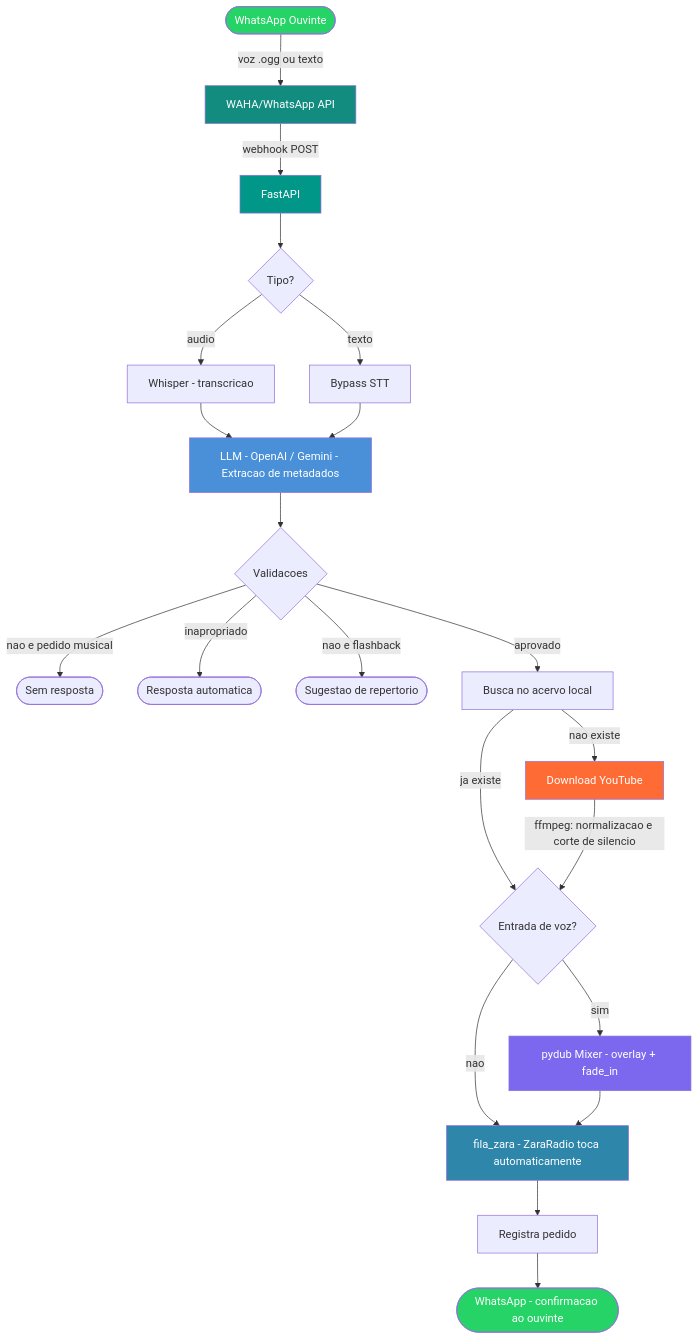
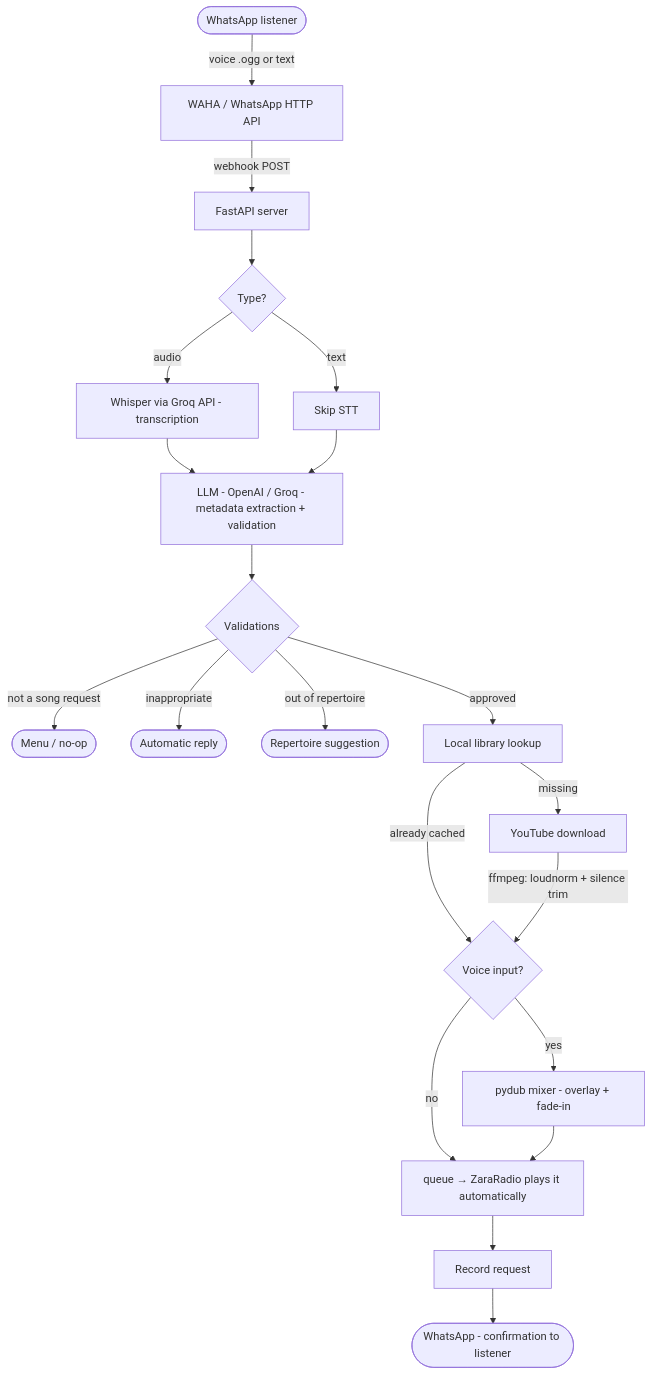
One commit to lucasborgs/gpteco changed the diagram in README.md. Above: the diagram before and after it, drawn with Mermaid. The commit also changed other lines of this file and 2 other files, not shown here.

First line of the commit message:
docs: README em inglês, LICENSE MIT e .env.local.example do dashboard

````diff
--- a/README.md
+++ b/README.md
@@ -35,40 +33,31 @@
 ```mermaid
 flowchart TD
-    A([WhatsApp Ouvinte]) -->|voz .ogg ou texto| B[WAHA/WhatsApp API]
-    B -->|webhook POST| C[FastAPI]
+    A([WhatsApp listener]) -->|voice .ogg or text| B[WAHA / WhatsApp HTTP API]
+    B -->|webhook POST| C[FastAPI server]
 
-    C --> D{Tipo?}
-    D -->|audio| E["Whisper - transcricao"]
-    D -->|texto| F[Bypass STT]
+    C --> D{Type?}
+    D -->|audio| E["Whisper via Groq API - transcription"]
+    D -->|text| F[Skip STT]
 
-    G["LLM - OpenAI / Gemini - Extracao de metadados"]
+    G["LLM - OpenAI / Groq - metadata extraction + validation"]
     E --> G
     F --> G
-    G --> H{Validacoes}
-    H -->|nao e pedido musical| Z1([Sem resposta])
-    H -->|inapropriado| Z2([Resposta automatica])
-    H -->|nao e flashback| Z3([Sugestao de repertorio])
-    H -->|aprovado| I
+    G --> H{Validations}
+    H -->|not a song request| Z1([Menu / no-op])
+    H -->|inappropriate| Z2([Automatic reply])
+    H -->|out of repertoire| Z3([Repertoire suggestion])
+    H -->|approved| I
 
-    I[Busca no acervo local]
-    I -->|ja existe| J
-    I -->|nao existe| K[Download YouTube]
-    K -->|ffmpeg: normalizacao e corte de silencio| J
+    I[Local library lookup]
+    I -->|already cached| J
+    I -->|missing| K[YouTube download]
+    K -->|ffmpeg: loudnorm + silence trim| J
 
-    J{Entrada de voz?}
-    J -->|sim| L["pydub Mixer - overlay + fade_in"]
-    J -->|nao| M
+    J{Voice input?}
+    J -->|yes| L["pydub mixer - overlay + fade-in"]
+    J -->|no| M
 
-    L --> M["fila_zara - ZaraRadio toca automaticamente"]
-    M --> N[Registra pedido]
-    N --> O([WhatsApp - confirmacao ao ouvinte])
-
-    style A fill:#25D366,color:#fff
-    style B fill:#128C7E,color:#fff
-    style C fill:#009688,color:#fff
-    style G fill:#4A90D9,color:#fff
-    style K fill:#FF6B35,color:#fff
-    style L fill:#7B68EE,color:#fff
-    style M fill:#2E86AB,color:#fff
-    style O fill:#25D366,color:#fff
+    L --> M["queue → ZaraRadio plays it automatically"]
+    M --> N[Record request]
+    N --> O([WhatsApp - confirmation to listener])
 ```
````
